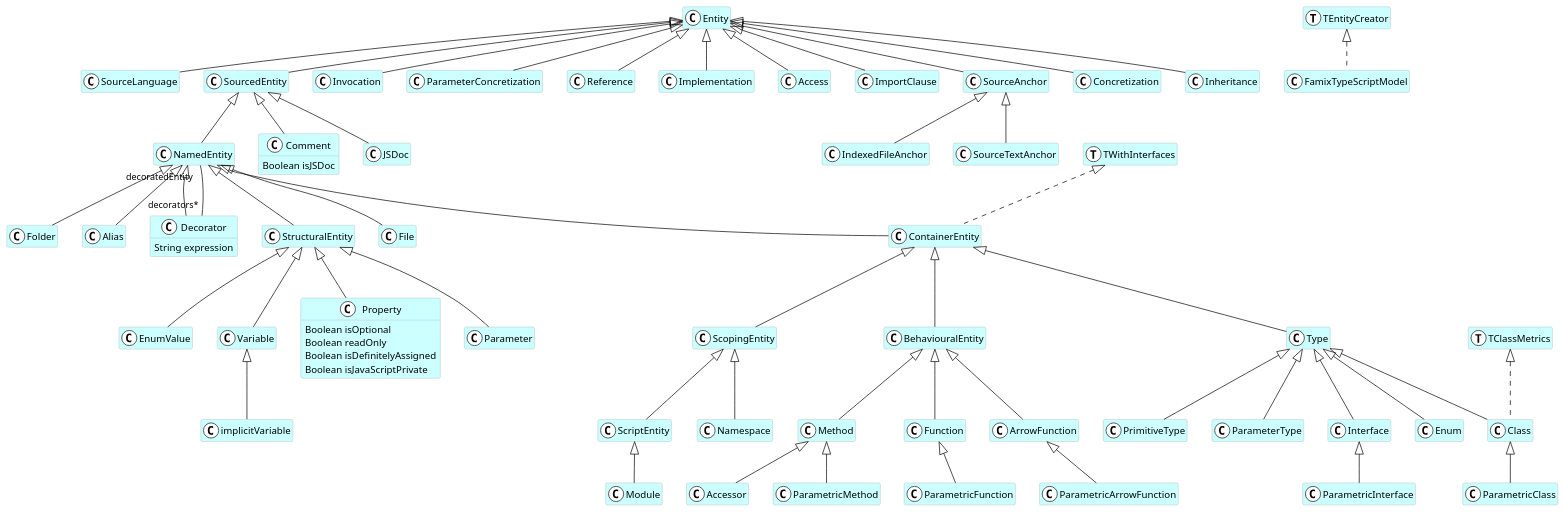
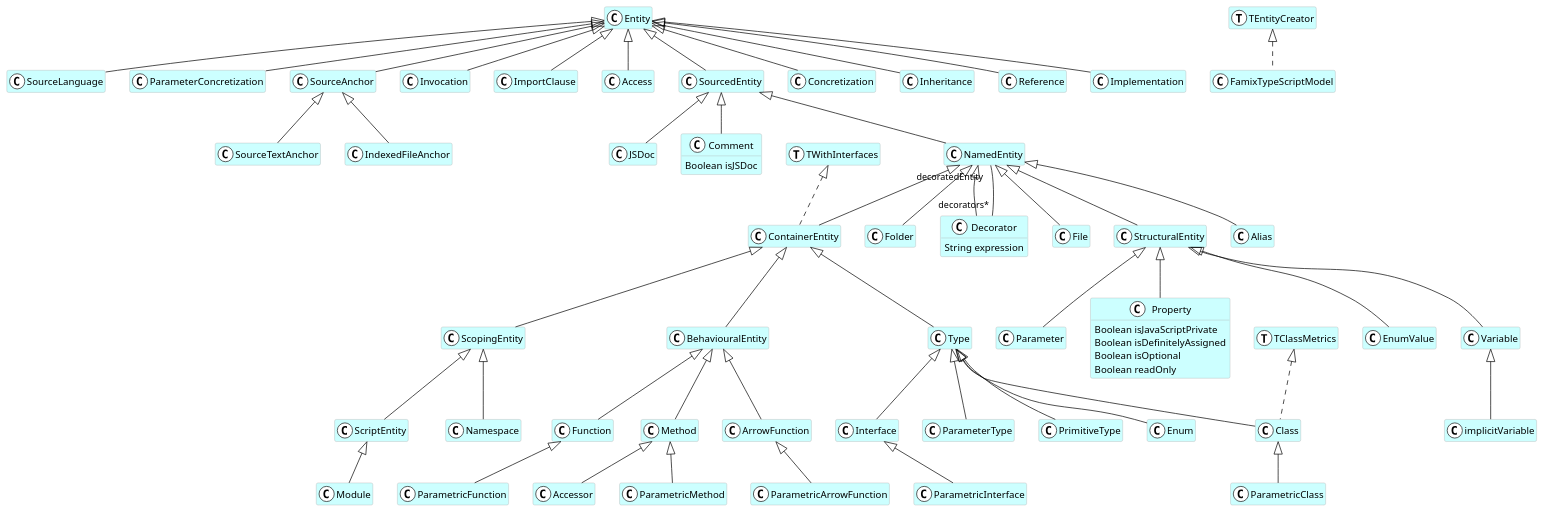
Before and after one commit to fuhrmanator/FamixTypeScript: the diagram in doc-uml/FamixTypeScript.puml, drawn with PlantUML. The commit also changed 3 other files, not shown here.

```diff
--- a/doc-uml/FamixTypeScript.puml
+++ b/doc-uml/FamixTypeScript.puml
@@ -1,169 +1,169 @@
 @startuml
 hide empty members
 skinparam class {
   BackgroundColor white
   ArrowColor black
   BorderColor darkGray
 }
 class SourceLanguage <<(C,white)>> #CCFFFF {
 }
+class ParameterConcretization <<(C,white)>> #CCFFFF {
+}
+class implicitVariable <<(C,white)>> #CCFFFF {
+}
+class ParameterType <<(C,white)>> #CCFFFF {
+}
+class SourceAnchor <<(C,white)>> #CCFFFF {
+}
+class JSDoc <<(C,white)>> #CCFFFF {
+}
+class Comment <<(C,white)>> #CCFFFF {
+  Boolean isJSDoc
+}
+class ParametricInterface <<(C,white)>> #CCFFFF {
+}
+class SourceTextAnchor <<(C,white)>> #CCFFFF {
+}
+class FamixTypeScriptModel <<(C,white)>> #CCFFFF {
+}
+class BehaviouralEntity <<(C,white)>> #CCFFFF {
+}
+class PrimitiveType <<(C,white)>> #CCFFFF {
+}
+class Parameter <<(C,white)>> #CCFFFF {
+}
+class Type <<(C,white)>> #CCFFFF {
+}
+class Alias <<(C,white)>> #CCFFFF {
+}
+class Entity <<(C,white)>> #CCFFFF {
+}
+class Namespace <<(C,white)>> #CCFFFF {
+}
+class ContainerEntity <<(C,white)>> #CCFFFF {
+}
+class Property <<(C,white)>> #CCFFFF {
+  Boolean isJavaScriptPrivate
+  Boolean isDefinitelyAssigned
+  Boolean isOptional
+  Boolean readOnly
+}
+class Enum <<(C,white)>> #CCFFFF {
+}
+class Interface <<(C,white)>> #CCFFFF {
+}
+class Folder <<(C,white)>> #CCFFFF {
+}
 class ParametricMethod <<(C,white)>> #CCFFFF {
 }
-class ParametricInterface <<(C,white)>> #CCFFFF {
+class Invocation <<(C,white)>> #CCFFFF {
+}
+class ImportClause <<(C,white)>> #CCFFFF {
+}
+class NamedEntity <<(C,white)>> #CCFFFF {
+}
+class Variable <<(C,white)>> #CCFFFF {
+}
+class ParametricFunction <<(C,white)>> #CCFFFF {
 }
 class Decorator <<(C,white)>> #CCFFFF {
   String expression
 }
-class Parameter <<(C,white)>> #CCFFFF {
-}
-class SourcedEntity <<(C,white)>> #CCFFFF {
-}
-class NamedEntity <<(C,white)>> #CCFFFF {
+class Access <<(C,white)>> #CCFFFF {
 }
 class Class <<(C,white)>> #CCFFFF {
 }
-class Invocation <<(C,white)>> #CCFFFF {
+class TWithInterfaces <<(T,white)>> #CCFFFF {
 }
-class ParameterConcretization <<(C,white)>> #CCFFFF {
+class TEntityCreator <<(T,white)>> #CCFFFF {
 }
-class BehaviouralEntity <<(C,white)>> #CCFFFF {
+class Method <<(C,white)>> #CCFFFF {
 }
-class Folder <<(C,white)>> #CCFFFF {
-}
-class FamixTypeScriptModel <<(C,white)>> #CCFFFF {
-}
-class TClassMetrics <<(T,white)>> #CCFFFF {
-}
-class Type <<(C,white)>> #CCFFFF {
-}
-class Comment <<(C,white)>> #CCFFFF {
-  Boolean isJSDoc
-}
-class Function <<(C,white)>> #CCFFFF {
-}
-class Reference <<(C,white)>> #CCFFFF {
-}
-class ArrowFunction <<(C,white)>> #CCFFFF {
-}
-class Entity <<(C,white)>> #CCFFFF {
-}
-class Implementation <<(C,white)>> #CCFFFF {
-}
-class Access <<(C,white)>> #CCFFFF {
-}
-class Interface <<(C,white)>> #CCFFFF {
-}
-class EnumValue <<(C,white)>> #CCFFFF {
-}
-class ImportClause <<(C,white)>> #CCFFFF {
+class File <<(C,white)>> #CCFFFF {
 }
 class Module <<(C,white)>> #CCFFFF {
 }
 class IndexedFileAnchor <<(C,white)>> #CCFFFF {
 }
-class Namespace <<(C,white)>> #CCFFFF {
+class EnumValue <<(C,white)>> #CCFFFF {
 }
-class JSDoc <<(C,white)>> #CCFFFF {
+class SourcedEntity <<(C,white)>> #CCFFFF {
 }
-class Enum <<(C,white)>> #CCFFFF {
+class TClassMetrics <<(T,white)>> #CCFFFF {
 }
-class Alias <<(C,white)>> #CCFFFF {
-}
-class SourceTextAnchor <<(C,white)>> #CCFFFF {
-}
-class Variable <<(C,white)>> #CCFFFF {
-}
-class SourceAnchor <<(C,white)>> #CCFFFF {
+class ArrowFunction <<(C,white)>> #CCFFFF {
 }
 class Concretization <<(C,white)>> #CCFFFF {
 }
-class ParametricArrowFunction <<(C,white)>> #CCFFFF {
-}
-class TWithInterfaces <<(T,white)>> #CCFFFF {
-}
 class Inheritance <<(C,white)>> #CCFFFF {
 }
-class TEntityCreator <<(T,white)>> #CCFFFF {
+class StructuralEntity <<(C,white)>> #CCFFFF {
+}
+class Accessor <<(C,white)>> #CCFFFF {
+}
+class Reference <<(C,white)>> #CCFFFF {
+}
+class ScriptEntity <<(C,white)>> #CCFFFF {
+}
+class Implementation <<(C,white)>> #CCFFFF {
 }
 class ScopingEntity <<(C,white)>> #CCFFFF {
 }
 class ParametricClass <<(C,white)>> #CCFFFF {
 }
-class ContainerEntity <<(C,white)>> #CCFFFF {
+class Function <<(C,white)>> #CCFFFF {
 }
-class PrimitiveType <<(C,white)>> #CCFFFF {
-}
-class Accessor <<(C,white)>> #CCFFFF {
-}
-class ParametricFunction <<(C,white)>> #CCFFFF {
-}
-class Method <<(C,white)>> #CCFFFF {
-}
-class ParameterType <<(C,white)>> #CCFFFF {
-}
-class ScriptEntity <<(C,white)>> #CCFFFF {
-}
-class Property <<(C,white)>> #CCFFFF {
-  Boolean isOptional
-  Boolean readOnly
-  Boolean isDefinitelyAssigned
-  Boolean isJavaScriptPrivate
-}
-class implicitVariable <<(C,white)>> #CCFFFF {
-}
-class StructuralEntity <<(C,white)>> #CCFFFF {
-}
-class File <<(C,white)>> #CCFFFF {
+class ParametricArrowFunction <<(C,white)>> #CCFFFF {
 }
 Entity <|-- SourceLanguage
+Entity <|-- ParameterConcretization
+Type <|-- ParameterType
+Variable <|-- implicitVariable
+Entity <|-- SourceAnchor
+SourcedEntity <|-- JSDoc
+SourcedEntity <|-- Comment
+Interface <|-- ParametricInterface
+SourceAnchor <|-- SourceTextAnchor
+ContainerEntity <|-- BehaviouralEntity
+Type <|-- PrimitiveType
+NamedEntity <|-- Alias
+StructuralEntity <|-- Parameter
+ContainerEntity <|-- Type
+NamedEntity <|-- ContainerEntity
+ScopingEntity <|-- Namespace
+StructuralEntity <|-- Property
+Type <|-- Enum
+Type <|-- Interface
+NamedEntity <|-- Folder
+Entity <|-- Invocation
+SourcedEntity <|-- NamedEntity
+Method <|-- ParametricMethod
+Entity <|-- ImportClause
+StructuralEntity <|-- Variable
+Function <|-- ParametricFunction
+NamedEntity <|-- Decorator
+Entity <|-- Access
+Type <|-- Class
+BehaviouralEntity <|-- Method
 NamedEntity <|-- File
-Method <|-- ParametricMethod
-Interface <|-- ParametricInterface
-NamedEntity <|-- Decorator
-StructuralEntity <|-- Parameter
-Entity <|-- SourcedEntity
-SourcedEntity <|-- NamedEntity
-Type <|-- Class
-Entity <|-- Invocation
-Entity <|-- ParameterConcretization
-ContainerEntity <|-- BehaviouralEntity
-NamedEntity <|-- Folder
-ContainerEntity <|-- Type
-SourcedEntity <|-- Comment
-BehaviouralEntity <|-- Function
-Entity <|-- Reference
-BehaviouralEntity <|-- ArrowFunction
-Entity <|-- Implementation
-Entity <|-- Access
-StructuralEntity <|-- EnumValue
-Type <|-- Interface
-Entity <|-- ImportClause
 ScriptEntity <|-- Module
 SourceAnchor <|-- IndexedFileAnchor
-ScopingEntity <|-- Namespace
-SourcedEntity <|-- JSDoc
-NamedEntity <|-- Alias
-SourceAnchor <|-- SourceTextAnchor
-StructuralEntity <|-- Variable
-Type <|-- Enum
+Entity <|-- SourcedEntity
+BehaviouralEntity <|-- ArrowFunction
 Entity <|-- Concretization
-Entity <|-- SourceAnchor
-ArrowFunction <|-- ParametricArrowFunction
+StructuralEntity <|-- EnumValue
 Entity <|-- Inheritance
+NamedEntity <|-- StructuralEntity
+Method <|-- Accessor
+Entity <|-- Reference
+ScopingEntity <|-- ScriptEntity
+Entity <|-- Implementation
 ContainerEntity <|-- ScopingEntity
 Class <|-- ParametricClass
-NamedEntity <|-- ContainerEntity
-Type <|-- PrimitiveType
-Method <|-- Accessor
-Function <|-- ParametricFunction
-ScopingEntity <|-- ScriptEntity
-Type <|-- ParameterType
-BehaviouralEntity <|-- Method
-StructuralEntity <|-- Property
-Variable <|-- implicitVariable
-NamedEntity <|-- StructuralEntity
-TClassMetrics <|.. Class
+BehaviouralEntity <|-- Function
+ArrowFunction <|-- ParametricArrowFunction
 TEntityCreator <|.. FamixTypeScriptModel
 TWithInterfaces <|.. ContainerEntity
-Decorator "decorators*" -- "decoratedEntity" NamedEntity
+TClassMetrics <|.. Class
+NamedEntity "decoratedEntity" -- "decorators*" Decorator
 @enduml
```
